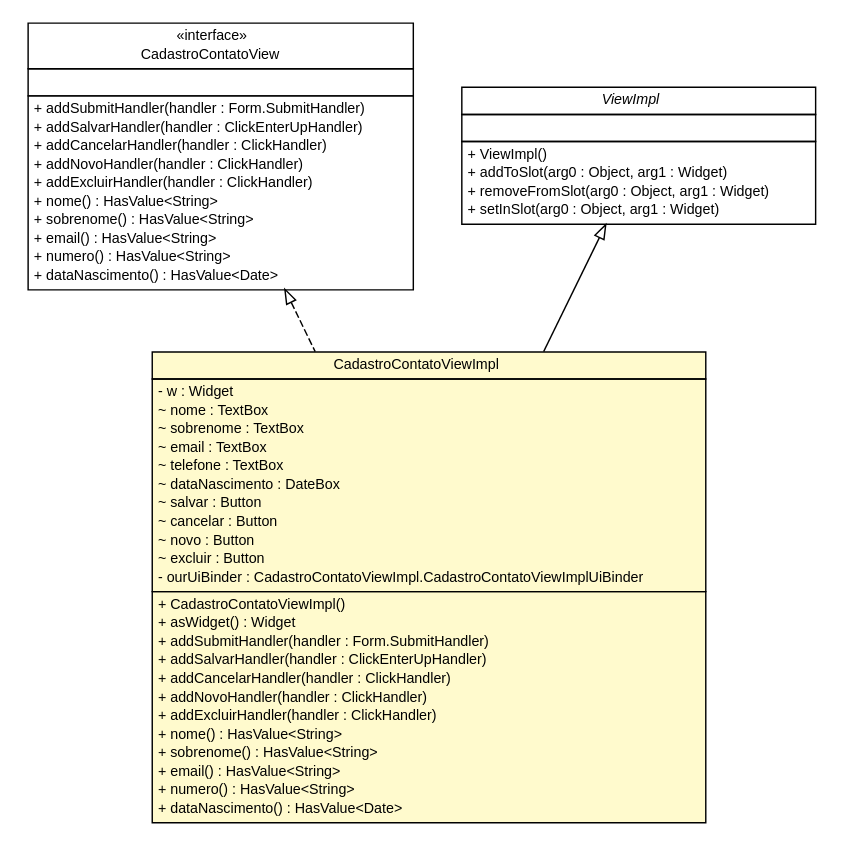
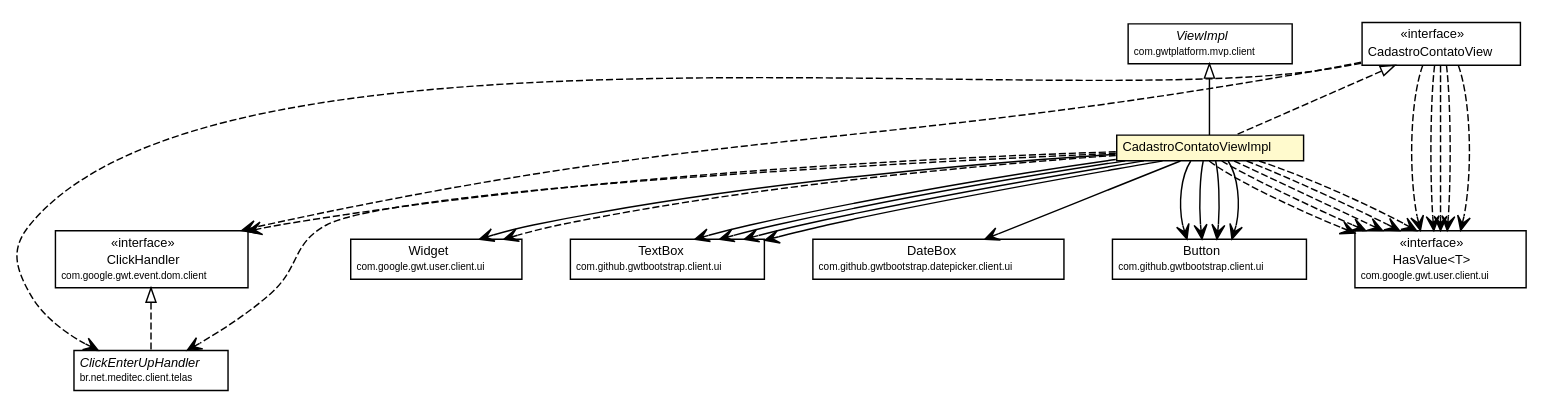
One commit to caarlos0-graveyard/meditec changed the diagram in apidocs/br/net/meditec/client/telas/contato/CadastroContatoViewImpl.dot. Above: the diagram before and after it, drawn with Graphviz. The commit also changed 517 other files, not shown here.

```diff
--- a/apidocs/br/net/meditec/client/telas/contato/CadastroContatoViewImpl.dot
+++ b/apidocs/br/net/meditec/client/telas/contato/CadastroContatoViewImpl.dot
@@ -1,86 +1,137 @@
 #!/usr/local/bin/dot
 #
 # Class diagram 
-# Generated by UMLGraph version 5.1 (http://www.umlgraph.org/)
+# Generated by UmlGraph version 4.6 (http://www.spinellis.gr/sw/umlgraph)
 #
 
 digraph G {
 	edge [fontname="Helvetica",fontsize=10,labelfontname="Helvetica",labelfontsize=10];
 	node [fontname="Helvetica",fontsize=10,shape=plaintext];
-	nodesep=0.25;
-	ranksep=0.5;
+	// br.net.meditec.client.telas.ClickEnterUpHandler
+	c4388 [label=<<table border="0" cellborder="1" cellspacing="0" cellpadding="2" port="p" href="../ClickEnterUpHandler.html">
+		<tr><td><table border="0" cellspacing="0" cellpadding="1">
+			<tr><td><font face="Helvetica-Oblique"> ClickEnterUpHandler </font></td></tr>
+			<tr><td><font point-size="7.0"> br.net.meditec.client.telas </font></td></tr>
+		</table></td></tr>
+		</table>>, fontname="Helvetica", fontcolor="black", fontsize=9.0];
 	// br.net.meditec.client.telas.contato.CadastroContatoPresenter.CadastroContatoView
-	c4466 [label=<<table title="br.net.meditec.client.telas.contato.CadastroContatoPresenter.CadastroContatoView" border="0" cellborder="1" cellspacing="0" cellpadding="2" port="p" href="./CadastroContatoPresenter.CadastroContatoView.html">
+	c4390 [label=<<table border="0" cellborder="1" cellspacing="0" cellpadding="2" port="p" href="./CadastroContatoPresenter.CadastroContatoView.html">
 		<tr><td><table border="0" cellspacing="0" cellpadding="1">
-<tr><td align="center" balign="center"> &#171;interface&#187; </td></tr>
-<tr><td align="center" balign="center"> CadastroContatoView </td></tr>
+			<tr><td> &laquo;interface&raquo; </td></tr>
+			<tr><td> CadastroContatoView </td></tr>
 		</table></td></tr>
+		</table>>, fontname="Helvetica", fontcolor="black", fontsize=9.0];
+	// br.net.meditec.client.telas.contato.CadastroContatoViewImpl
+	c4393 [label=<<table border="0" cellborder="1" cellspacing="0" cellpadding="2" port="p" bgcolor="lemonChiffon" href="./CadastroContatoViewImpl.html">
 		<tr><td><table border="0" cellspacing="0" cellpadding="1">
-<tr><td align="left" balign="left">  </td></tr>
+			<tr><td> CadastroContatoViewImpl </td></tr>
 		</table></td></tr>
+		</table>>, fontname="Helvetica", fontcolor="black", fontsize=9.0];
+	//br.net.meditec.client.telas.ClickEnterUpHandler implements com.google.gwt.event.dom.client.ClickHandler
+	c4426:p -> c4388:p [dir=back,arrowtail=empty,style=dashed];
+	//br.net.meditec.client.telas.contato.CadastroContatoViewImpl extends com.gwtplatform.mvp.client.ViewImpl
+	c4427:p -> c4393:p [dir=back,arrowtail=empty];
+	//br.net.meditec.client.telas.contato.CadastroContatoViewImpl implements br.net.meditec.client.telas.contato.CadastroContatoPresenter.CadastroContatoView
+	c4390:p -> c4393:p [dir=back,arrowtail=empty,style=dashed];
+	// br.net.meditec.client.telas.contato.CadastroContatoViewImpl NAVASSOC com.google.gwt.user.client.ui.Widget
+	c4393:p -> c4428:p [taillabel="", label="", headlabel="", fontname="Helvetica", fontcolor="black", fontsize=10.0, color="black", arrowhead=open];
+	// br.net.meditec.client.telas.contato.CadastroContatoViewImpl NAVASSOC com.github.gwtbootstrap.client.ui.TextBox
+	c4393:p -> c4429:p [taillabel="", label="", headlabel="", fontname="Helvetica", fontcolor="black", fontsize=10.0, color="black", arrowhead=open];
+	// br.net.meditec.client.telas.contato.CadastroContatoViewImpl NAVASSOC com.github.gwtbootstrap.client.ui.TextBox
+	c4393:p -> c4429:p [taillabel="", label="", headlabel="", fontname="Helvetica", fontcolor="black", fontsize=10.0, color="black", arrowhead=open];
+	// br.net.meditec.client.telas.contato.CadastroContatoViewImpl NAVASSOC com.github.gwtbootstrap.client.ui.TextBox
+	c4393:p -> c4429:p [taillabel="", label="", headlabel="", fontname="Helvetica", fontcolor="black", fontsize=10.0, color="black", arrowhead=open];
+	// br.net.meditec.client.telas.contato.CadastroContatoViewImpl NAVASSOC com.github.gwtbootstrap.client.ui.TextBox
+	c4393:p -> c4429:p [taillabel="", label="", headlabel="", fontname="Helvetica", fontcolor="black", fontsize=10.0, color="black", arrowhead=open];
+	// br.net.meditec.client.telas.contato.CadastroContatoViewImpl NAVASSOC com.github.gwtbootstrap.datepicker.client.ui.DateBox
+	c4393:p -> c4430:p [taillabel="", label="", headlabel="", fontname="Helvetica", fontcolor="black", fontsize=10.0, color="black", arrowhead=open];
+	// br.net.meditec.client.telas.contato.CadastroContatoViewImpl NAVASSOC com.github.gwtbootstrap.client.ui.Button
+	c4393:p -> c4431:p [taillabel="", label="", headlabel="", fontname="Helvetica", fontcolor="black", fontsize=10.0, color="black", arrowhead=open];
+	// br.net.meditec.client.telas.contato.CadastroContatoViewImpl NAVASSOC com.github.gwtbootstrap.client.ui.Button
+	c4393:p -> c4431:p [taillabel="", label="", headlabel="", fontname="Helvetica", fontcolor="black", fontsize=10.0, color="black", arrowhead=open];
+	// br.net.meditec.client.telas.contato.CadastroContatoViewImpl NAVASSOC com.github.gwtbootstrap.client.ui.Button
+	c4393:p -> c4431:p [taillabel="", label="", headlabel="", fontname="Helvetica", fontcolor="black", fontsize=10.0, color="black", arrowhead=open];
+	// br.net.meditec.client.telas.contato.CadastroContatoViewImpl NAVASSOC com.github.gwtbootstrap.client.ui.Button
+	c4393:p -> c4431:p [taillabel="", label="", headlabel="", fontname="Helvetica", fontcolor="black", fontsize=10.0, color="black", arrowhead=open];
+	// br.net.meditec.client.telas.contato.CadastroContatoPresenter.CadastroContatoView DEPEND com.google.gwt.user.client.ui.HasValue<T>
+	c4390:p -> c4432:p [taillabel="", label="", headlabel="", fontname="Helvetica", fontcolor="black", fontsize=10.0, color="black", arrowhead=open, style=dashed];
+	// br.net.meditec.client.telas.contato.CadastroContatoPresenter.CadastroContatoView DEPEND com.google.gwt.user.client.ui.HasValue<T>
+	c4390:p -> c4432:p [taillabel="", label="", headlabel="", fontname="Helvetica", fontcolor="black", fontsize=10.0, color="black", arrowhead=open, style=dashed];
+	// br.net.meditec.client.telas.contato.CadastroContatoPresenter.CadastroContatoView DEPEND com.google.gwt.user.client.ui.HasValue<T>
+	c4390:p -> c4432:p [taillabel="", label="", headlabel="", fontname="Helvetica", fontcolor="black", fontsize=10.0, color="black", arrowhead=open, style=dashed];
+	// br.net.meditec.client.telas.contato.CadastroContatoPresenter.CadastroContatoView DEPEND com.google.gwt.user.client.ui.HasValue<T>
+	c4390:p -> c4432:p [taillabel="", label="", headlabel="", fontname="Helvetica", fontcolor="black", fontsize=10.0, color="black", arrowhead=open, style=dashed];
+	// br.net.meditec.client.telas.contato.CadastroContatoPresenter.CadastroContatoView DEPEND com.google.gwt.user.client.ui.HasValue<T>
+	c4390:p -> c4432:p [taillabel="", label="", headlabel="", fontname="Helvetica", fontcolor="black", fontsize=10.0, color="black", arrowhead=open, style=dashed];
+	// br.net.meditec.client.telas.contato.CadastroContatoPresenter.CadastroContatoView DEPEND br.net.meditec.client.telas.ClickEnterUpHandler
+	c4390:p -> c4388:p [taillabel="", label="", headlabel="", fontname="Helvetica", fontcolor="black", fontsize=10.0, color="black", arrowhead=open, style=dashed];
+	// br.net.meditec.client.telas.contato.CadastroContatoPresenter.CadastroContatoView DEPEND com.google.gwt.event.dom.client.ClickHandler
+	c4390:p -> c4426:p [taillabel="", label="", headlabel="", fontname="Helvetica", fontcolor="black", fontsize=10.0, color="black", arrowhead=open, style=dashed];
+	// br.net.meditec.client.telas.contato.CadastroContatoViewImpl DEPEND com.google.gwt.user.client.ui.HasValue<T>
+	c4393:p -> c4432:p [taillabel="", label="", headlabel="", fontname="Helvetica", fontcolor="black", fontsize=10.0, color="black", arrowhead=open, style=dashed];
+	// br.net.meditec.client.telas.contato.CadastroContatoViewImpl DEPEND com.google.gwt.user.client.ui.HasValue<T>
+	c4393:p -> c4432:p [taillabel="", label="", headlabel="", fontname="Helvetica", fontcolor="black", fontsize=10.0, color="black", arrowhead=open, style=dashed];
+	// br.net.meditec.client.telas.contato.CadastroContatoViewImpl DEPEND com.google.gwt.user.client.ui.HasValue<T>
+	c4393:p -> c4432:p [taillabel="", label="", headlabel="", fontname="Helvetica", fontcolor="black", fontsize=10.0, color="black", arrowhead=open, style=dashed];
+	// br.net.meditec.client.telas.contato.CadastroContatoViewImpl DEPEND br.net.meditec.client.telas.ClickEnterUpHandler
+	c4393:p -> c4388:p [taillabel="", label="", headlabel="", fontname="Helvetica", fontcolor="black", fontsize=10.0, color="black", arrowhead=open, style=dashed];
+	// br.net.meditec.client.telas.contato.CadastroContatoViewImpl DEPEND com.google.gwt.event.dom.client.ClickHandler
+	c4393:p -> c4426:p [taillabel="", label="", headlabel="", fontname="Helvetica", fontcolor="black", fontsize=10.0, color="black", arrowhead=open, style=dashed];
+	// br.net.meditec.client.telas.contato.CadastroContatoViewImpl DEPEND com.google.gwt.user.client.ui.Widget
+	c4393:p -> c4428:p [taillabel="", label="", headlabel="", fontname="Helvetica", fontcolor="black", fontsize=10.0, color="black", arrowhead=open, style=dashed];
+	// br.net.meditec.client.telas.contato.CadastroContatoViewImpl DEPEND com.google.gwt.user.client.ui.HasValue<T>
+	c4393:p -> c4432:p [taillabel="", label="", headlabel="", fontname="Helvetica", fontcolor="black", fontsize=10.0, color="black", arrowhead=open, style=dashed];
+	// br.net.meditec.client.telas.contato.CadastroContatoViewImpl DEPEND com.google.gwt.user.client.ui.HasValue<T>
+	c4393:p -> c4432:p [taillabel="", label="", headlabel="", fontname="Helvetica", fontcolor="black", fontsize=10.0, color="black", arrowhead=open, style=dashed];
+	// com.github.gwtbootstrap.client.ui.TextBox
+	c4429 [label=<<table border="0" cellborder="1" cellspacing="0" cellpadding="2" port="p" href="http://java.sun.com/j2se/1.4.2/docs/api/com/github/gwtbootstrap/client/ui/TextBox.html">
 		<tr><td><table border="0" cellspacing="0" cellpadding="1">
-<tr><td align="left" balign="left"> + addSubmitHandler(handler : Form.SubmitHandler) </td></tr>
-<tr><td align="left" balign="left"> + addSalvarHandler(handler : ClickEnterUpHandler) </td></tr>
-<tr><td align="left" balign="left"> + addCancelarHandler(handler : ClickHandler) </td></tr>
-<tr><td align="left" balign="left"> + addNovoHandler(handler : ClickHandler) </td></tr>
-<tr><td align="left" balign="left"> + addExcluirHandler(handler : ClickHandler) </td></tr>
-<tr><td align="left" balign="left"> + nome() : HasValue&lt;String&gt; </td></tr>
-<tr><td align="left" balign="left"> + sobrenome() : HasValue&lt;String&gt; </td></tr>
-<tr><td align="left" balign="left"> + email() : HasValue&lt;String&gt; </td></tr>
-<tr><td align="left" balign="left"> + numero() : HasValue&lt;String&gt; </td></tr>
-<tr><td align="left" balign="left"> + dataNascimento() : HasValue&lt;Date&gt; </td></tr>
+			<tr><td> TextBox </td></tr>
+			<tr><td><font point-size="7.0"> com.github.gwtbootstrap.client.ui </font></td></tr>
 		</table></td></tr>
-		</table>>, fontname="Helvetica", fontcolor="black", fontsize=10.0];
-	// br.net.meditec.client.telas.contato.CadastroContatoViewImpl
-	c4470 [label=<<table title="br.net.meditec.client.telas.contato.CadastroContatoViewImpl" border="0" cellborder="1" cellspacing="0" cellpadding="2" port="p" bgcolor="lemonChiffon" href="./CadastroContatoViewImpl.html">
+		</table>>, fontname="Helvetica", fontcolor="black", fontsize=9.0];
+	// com.google.gwt.user.client.ui.Widget
+	c4428 [label=<<table border="0" cellborder="1" cellspacing="0" cellpadding="2" port="p" href="http://java.sun.com/j2se/1.4.2/docs/api/com/google/gwt/user/client/ui/Widget.html">
 		<tr><td><table border="0" cellspacing="0" cellpadding="1">
-<tr><td align="center" balign="center"> CadastroContatoViewImpl </td></tr>
+			<tr><td> Widget </td></tr>
+			<tr><td><font point-size="7.0"> com.google.gwt.user.client.ui </font></td></tr>
 		</table></td></tr>
+		</table>>, fontname="Helvetica", fontcolor="black", fontsize=9.0];
+	// com.google.gwt.user.client.ui.HasValue<T>
+	c4432 [label=<<table border="0" cellborder="1" cellspacing="0" cellpadding="2" port="p" href="http://java.sun.com/j2se/1.4.2/docs/api/com/google/gwt/user/client/ui/HasValue.html">
 		<tr><td><table border="0" cellspacing="0" cellpadding="1">
-<tr><td align="left" balign="left"> - w : Widget </td></tr>
-<tr><td align="left" balign="left"> ~ nome : TextBox </td></tr>
-<tr><td align="left" balign="left"> ~ sobrenome : TextBox </td></tr>
-<tr><td align="left" balign="left"> ~ email : TextBox </td></tr>
-<tr><td align="left" balign="left"> ~ telefone : TextBox </td></tr>
-<tr><td align="left" balign="left"> ~ dataNascimento : DateBox </td></tr>
-<tr><td align="left" balign="left"> ~ salvar : Button </td></tr>
-<tr><td align="left" balign="left"> ~ cancelar : Button </td></tr>
-<tr><td align="left" balign="left"> ~ novo : Button </td></tr>
-<tr><td align="left" balign="left"> ~ excluir : Button </td></tr>
-<tr><td align="left" balign="left"> - ourUiBinder : CadastroContatoViewImpl.CadastroContatoViewImplUiBinder </td></tr>
+			<tr><td> &laquo;interface&raquo; </td></tr>
+			<tr><td> HasValue&lt;T&gt; </td></tr>
+			<tr><td><font point-size="7.0"> com.google.gwt.user.client.ui </font></td></tr>
 		</table></td></tr>
+		</table>>, fontname="Helvetica", fontcolor="black", fontsize=9.0];
+	// com.gwtplatform.mvp.client.ViewImpl
+	c4427 [label=<<table border="0" cellborder="1" cellspacing="0" cellpadding="2" port="p" href="http://java.sun.com/j2se/1.4.2/docs/api/com/gwtplatform/mvp/client/ViewImpl.html">
 		<tr><td><table border="0" cellspacing="0" cellpadding="1">
-<tr><td align="left" balign="left"> + CadastroContatoViewImpl() </td></tr>
-<tr><td align="left" balign="left"> + asWidget() : Widget </td></tr>
-<tr><td align="left" balign="left"> + addSubmitHandler(handler : Form.SubmitHandler) </td></tr>
-<tr><td align="left" balign="left"> + addSalvarHandler(handler : ClickEnterUpHandler) </td></tr>
-<tr><td align="left" balign="left"> + addCancelarHandler(handler : ClickHandler) </td></tr>
-<tr><td align="left" balign="left"> + addNovoHandler(handler : ClickHandler) </td></tr>
-<tr><td align="left" balign="left"> + addExcluirHandler(handler : ClickHandler) </td></tr>
-<tr><td align="left" balign="left"> + nome() : HasValue&lt;String&gt; </td></tr>
-<tr><td align="left" balign="left"> + sobrenome() : HasValue&lt;String&gt; </td></tr>
-<tr><td align="left" balign="left"> + email() : HasValue&lt;String&gt; </td></tr>
-<tr><td align="left" balign="left"> + numero() : HasValue&lt;String&gt; </td></tr>
-<tr><td align="left" balign="left"> + dataNascimento() : HasValue&lt;Date&gt; </td></tr>
+			<tr><td><font face="Helvetica-Oblique"> ViewImpl </font></td></tr>
+			<tr><td><font point-size="7.0"> com.gwtplatform.mvp.client </font></td></tr>
 		</table></td></tr>
-		</table>>, fontname="Helvetica", fontcolor="black", fontsize=10.0];
-	//br.net.meditec.client.telas.contato.CadastroContatoViewImpl extends com.gwtplatform.mvp.client.ViewImpl
-	c4507:p -> c4470:p [dir=back,arrowtail=empty];
-	//br.net.meditec.client.telas.contato.CadastroContatoViewImpl implements br.net.meditec.client.telas.contato.CadastroContatoPresenter.CadastroContatoView
-	c4466:p -> c4470:p [dir=back,arrowtail=empty,style=dashed];
-	// com.gwtplatform.mvp.client.ViewImpl
-	c4507 [label=<<table title="com.gwtplatform.mvp.client.ViewImpl" border="0" cellborder="1" cellspacing="0" cellpadding="2" port="p" href="http://java.sun.com/j2se/1.4.2/docs/api/com/gwtplatform/mvp/client/ViewImpl.html">
+		</table>>, fontname="Helvetica", fontcolor="black", fontsize=9.0];
+	// com.github.gwtbootstrap.datepicker.client.ui.DateBox
+	c4430 [label=<<table border="0" cellborder="1" cellspacing="0" cellpadding="2" port="p" href="http://java.sun.com/j2se/1.4.2/docs/api/com/github/gwtbootstrap/datepicker/client/ui/DateBox.html">
 		<tr><td><table border="0" cellspacing="0" cellpadding="1">
-<tr><td align="center" balign="center"><font face="Helvetica-Oblique"> ViewImpl </font></td></tr>
+			<tr><td> DateBox </td></tr>
+			<tr><td><font point-size="7.0"> com.github.gwtbootstrap.datepicker.client.ui </font></td></tr>
 		</table></td></tr>
+		</table>>, fontname="Helvetica", fontcolor="black", fontsize=9.0];
+	// com.google.gwt.event.dom.client.ClickHandler
+	c4426 [label=<<table border="0" cellborder="1" cellspacing="0" cellpadding="2" port="p" href="http://java.sun.com/j2se/1.4.2/docs/api/com/google/gwt/event/dom/client/ClickHandler.html">
 		<tr><td><table border="0" cellspacing="0" cellpadding="1">
-<tr><td align="left" balign="left">  </td></tr>
+			<tr><td> &laquo;interface&raquo; </td></tr>
+			<tr><td> ClickHandler </td></tr>
+			<tr><td><font point-size="7.0"> com.google.gwt.event.dom.client </font></td></tr>
 		</table></td></tr>
+		</table>>, fontname="Helvetica", fontcolor="black", fontsize=9.0];
+	// com.github.gwtbootstrap.client.ui.Button
+	c4431 [label=<<table border="0" cellborder="1" cellspacing="0" cellpadding="2" port="p" href="http://java.sun.com/j2se/1.4.2/docs/api/com/github/gwtbootstrap/client/ui/Button.html">
 		<tr><td><table border="0" cellspacing="0" cellpadding="1">
-<tr><td align="left" balign="left"> + ViewImpl() </td></tr>
-<tr><td align="left" balign="left"> + addToSlot(arg0 : Object, arg1 : Widget) </td></tr>
-<tr><td align="left" balign="left"> + removeFromSlot(arg0 : Object, arg1 : Widget) </td></tr>
-<tr><td align="left" balign="left"> + setInSlot(arg0 : Object, arg1 : Widget) </td></tr>
+			<tr><td> Button </td></tr>
+			<tr><td><font point-size="7.0"> com.github.gwtbootstrap.client.ui </font></td></tr>
 		</table></td></tr>
-		</table>>, fontname="Helvetica", fontcolor="black", fontsize=10.0];
+		</table>>, fontname="Helvetica", fontcolor="black", fontsize=9.0];
 }
```
